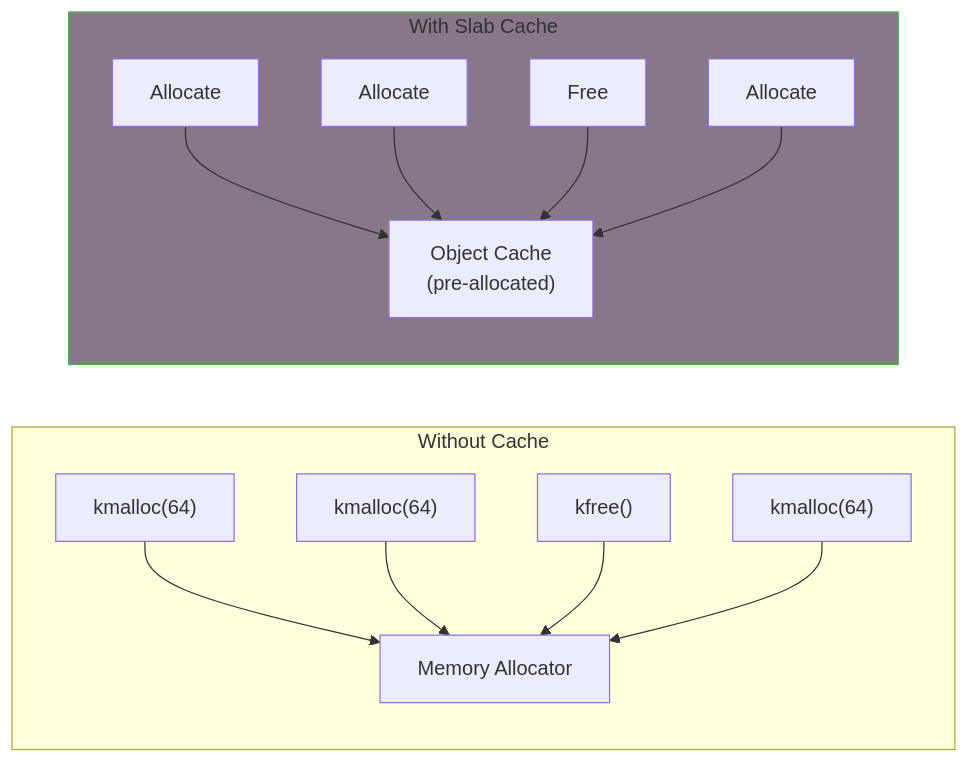
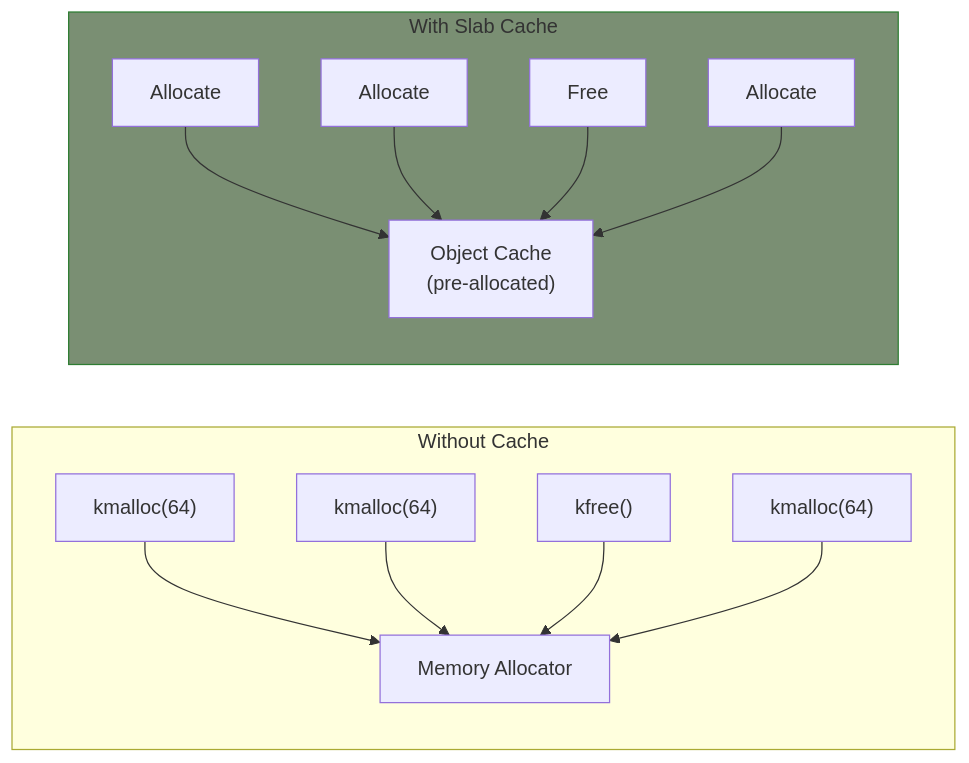
The diagram in part5/03-slab-allocator.md (MichaelTien8901/linux-driver-guide-tutorial), drawn with Mermaid before and after one commit. The commit also changed 36 other files, not shown here.

Commit message:
Fix mermaid diagram colors to use consistent paper-like theme

````diff
--- a/part5/03-slab-allocator.md
+++ b/part5/03-slab-allocator.md
@@ -14,18 +14,18 @@
 ```mermaid
 flowchart LR
     subgraph Without["Without Cache"]
         A1["kmalloc(64)"] --> M1["Memory Allocator"]
         A2["kmalloc(64)"] --> M1
         A3["kfree()"] --> M1
         A4["kmalloc(64)"] --> M1
     end
 
     subgraph With["With Slab Cache"]
         B1["Allocate"] --> Cache["Object Cache<br/>(pre-allocated)"]
         B2["Allocate"] --> Cache
         B3["Free"] --> Cache
         B4["Allocate"] --> Cache
     end
 
-    style With fill:#887689,stroke:#4caf50
+    style With fill:#7a8f73,stroke:#2e7d32
 ```
````
